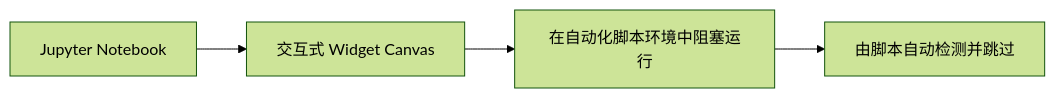
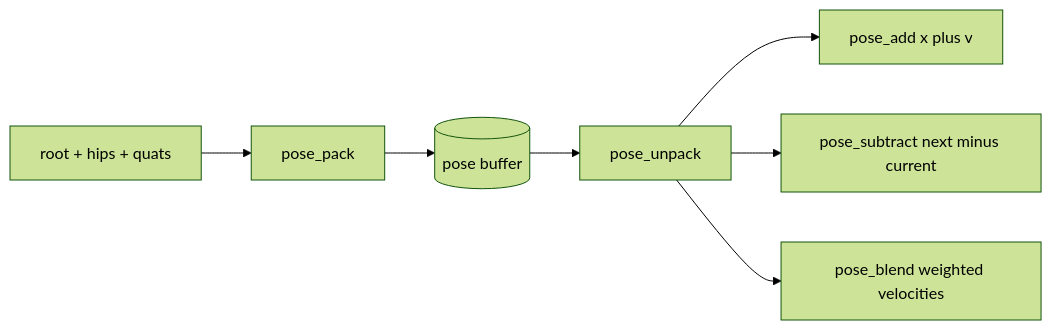
One commit to EvihGraphics/AnimationTech-HTC changed the third of 10 diagrams in docs/blog/AnimationPapers/motion_fields_for_interactive_character_animation/README.md. Above: the diagram before and after it, drawn with Mermaid (forest theme). The commit also changed other lines of this file and 6 other files, not shown here.

````diff
--- a/docs/blog/AnimationPapers/motion_fields_for_interactive_character_animation/README.md
+++ b/docs/blog/AnimationPapers/motion_fields_for_interactive_character_animation/README.md
@@ -72,6 +97,9 @@
 ```mermaid
 flowchart LR
-    A[Jupyter Notebook] --> B[交互式 Widget Canvas]
-    B --> C[在自动化脚本环境中阻塞运行]
-    C --> D[由脚本自动检测并跳过]
+    A[root + hips + quats] --> B[pose_pack]
+    B --> C[(pose buffer)]
+    C --> D[pose_unpack]
+    D --> E[pose_add x plus v]
+    D --> F[pose_subtract next minus current]
+    D --> G[pose_blend weighted velocities]
 ```
````
